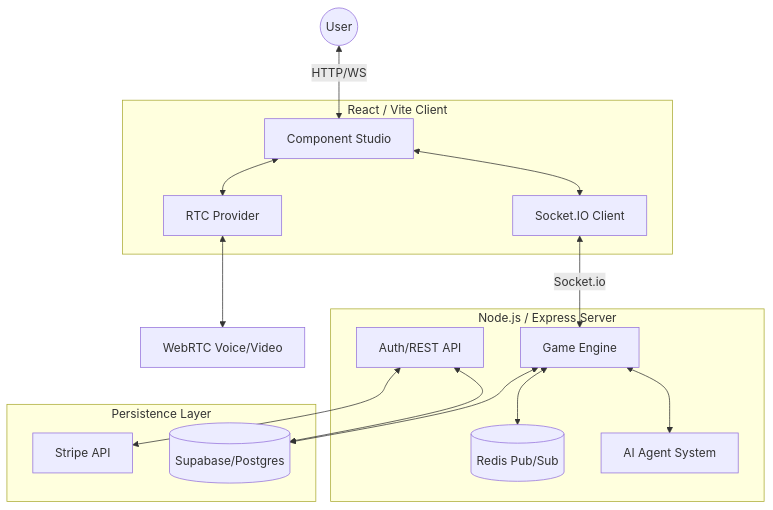
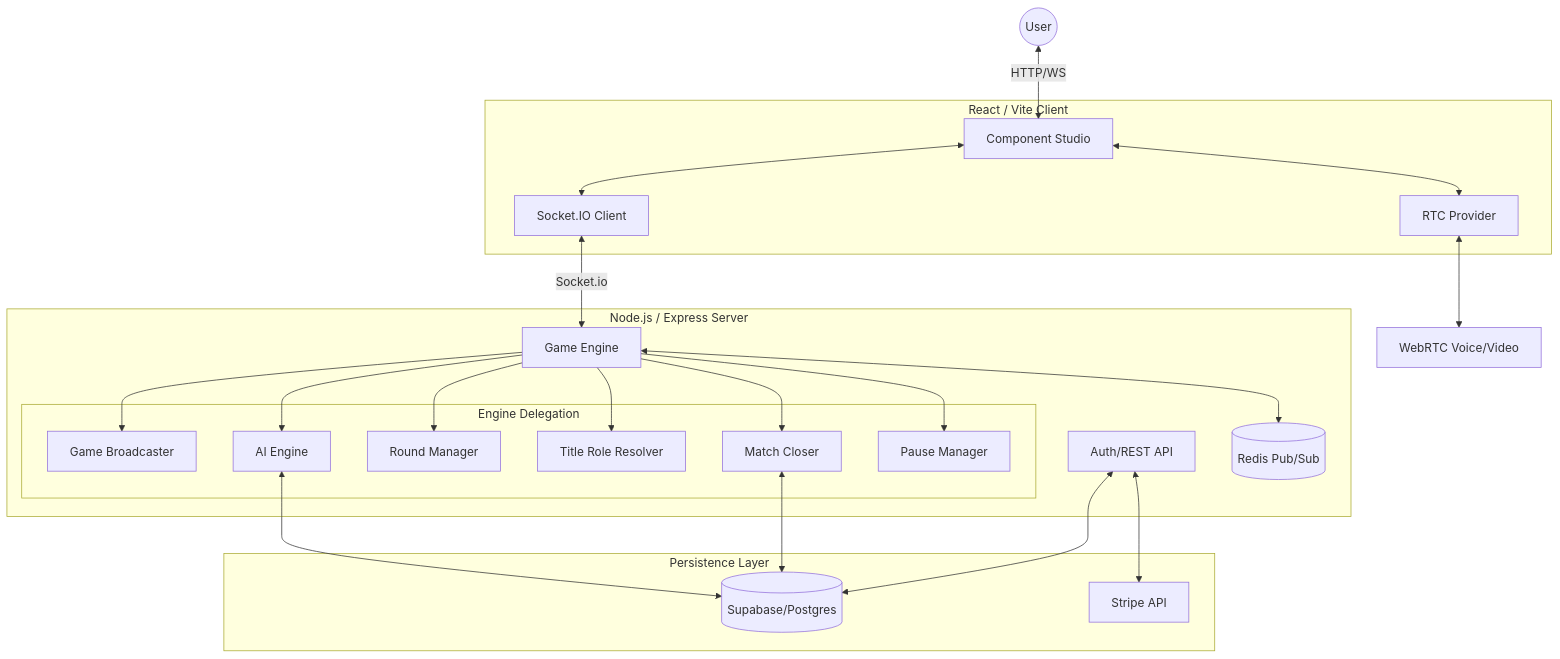
Before and after one commit to horsemeninteractive-dev/the-assembly: the first of 2 diagrams in README.md, drawn with Mermaid. The commit also changed other lines of this file and 166 other files, not shown here.

````diff
--- a/README.md
+++ b/README.md
@@ -13,34 +13,50 @@
 ```mermaid
 graph TD
     User((User))
     WebRTC[WebRTC Voice/Video]
     
     subgraph Frontend [React / Vite Client]
         UI[Component Studio]
         SocketClient[Socket.IO Client]
         RTCContext[RTC Provider]
     end
 
     subgraph Backend [Node.js / Express Server]
         API[Auth/REST API]
         GE[Game Engine]
-        AI[AI Agent System]
         Redis[(Redis Pub/Sub)]
+        
+        subgraph EngineManagers [Engine Delegation]
+            GB[Game Broadcaster]
+            AI[AI Engine]
+            RM[Round Manager]
+            TRR[Title Role Resolver]
+            MC[Match Closer]
+            PM[Pause Manager]
+        end
     end
 
     subgraph DB [Persistence Layer]
         Supabase[(Supabase/Postgres)]
         Stripe[Stripe API]
     end
 
     User <-->|HTTP/WS| UI
     UI <--> SocketClient
     SocketClient <-->|Socket.io| GE
     UI <--> RTCContext
     RTCContext <--> WebRTC
-    GE <--> AI
+    
+    GE --> GB
+    GE --> AI
+    GE --> RM
+    GE --> TRR
+    GE --> MC
+    GE --> PM
+    
     GE <--> Redis
     API <--> Supabase
-    GE <--> Supabase
+    MC <--> Supabase
+    AI <--> Supabase
     API <--> Stripe
 ```
````
